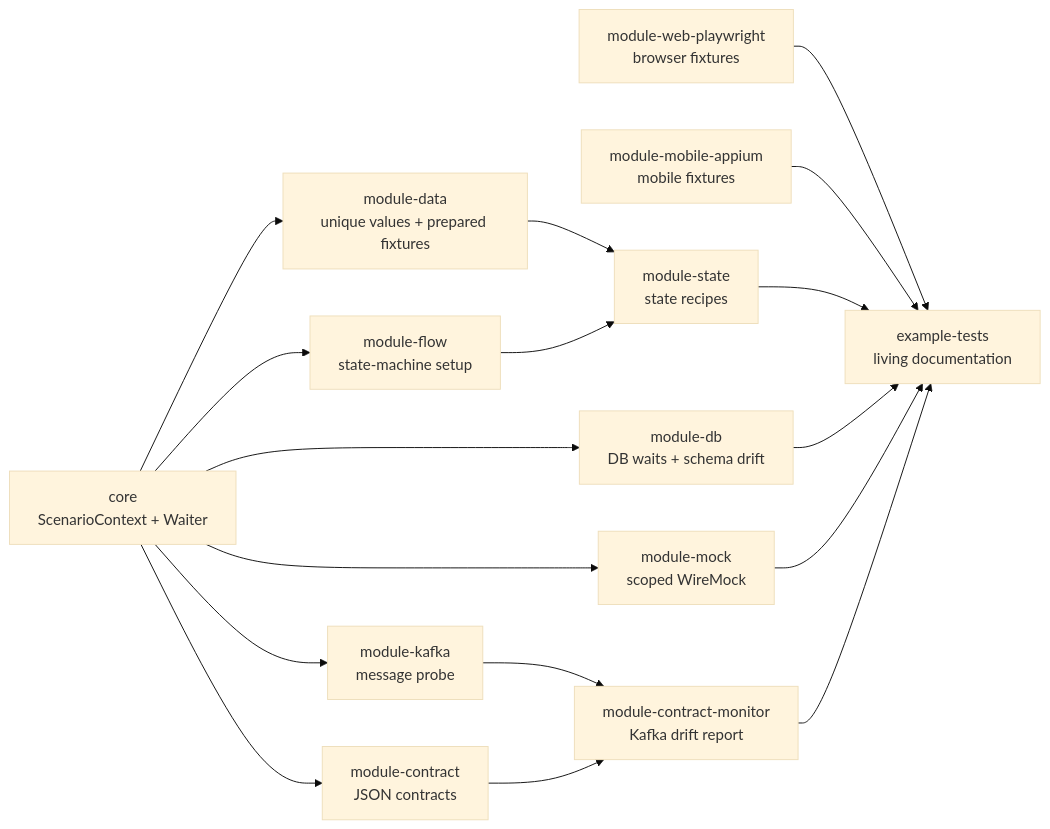
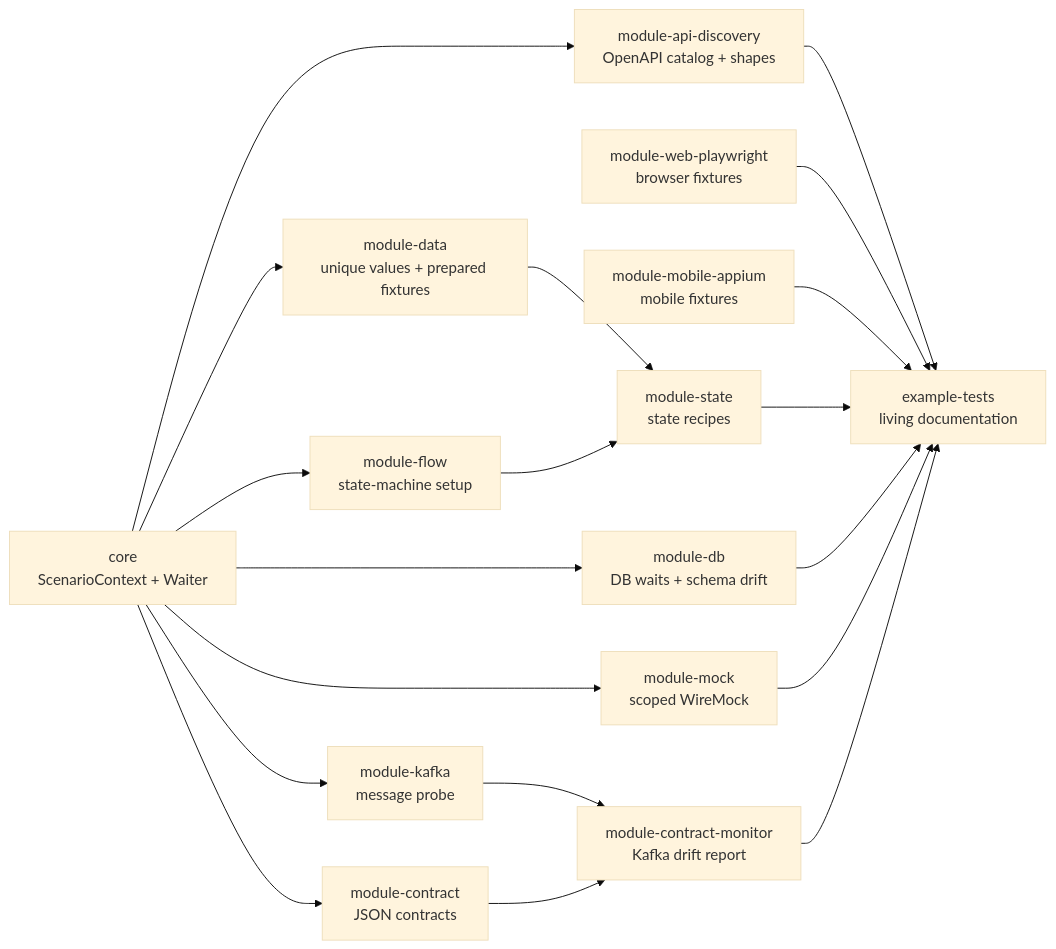
One commit to MickeyOrlov/TestForge changed the first of 3 diagrams in README.md. Above: the diagram before and after it, drawn with Mermaid (base theme). The commit also changed other lines of this file and 33 other files, not shown here.

Commit message:
feat: add OpenAPI discovery module

````diff
--- a/README.md
+++ b/README.md
@@ -36,32 +36,35 @@
 ```mermaid
 flowchart LR
     Core["core\nScenarioContext + Waiter"]
     Data["module-data\nunique values + prepared fixtures"]
     Flow["module-flow\nstate-machine setup"]
     State["module-state\nstate recipes"]
     DB["module-db\nDB waits + schema drift"]
     Mock["module-mock\nscoped WireMock"]
     Kafka["module-kafka\nmessage probe"]
     Contract["module-contract\nJSON contracts"]
     Monitor["module-contract-monitor\nKafka drift report"]
+    ApiDiscovery["module-api-discovery\nOpenAPI catalog + shapes"]
     Web["module-web-playwright\nbrowser fixtures"]
     Mobile["module-mobile-appium\nmobile fixtures"]
     Examples["example-tests\nliving documentation"]
 
     Core --> Data
     Core --> Flow
     Core --> DB
     Core --> Mock
     Core --> Kafka
     Core --> Contract
+    Core --> ApiDiscovery
     Data --> State
     Flow --> State
     Kafka --> Monitor
     Contract --> Monitor
+    ApiDiscovery --> Examples
     Web --> Examples
     Mobile --> Examples
     State --> Examples
     DB --> Examples
     Mock --> Examples
     Monitor --> Examples
 ```
````
